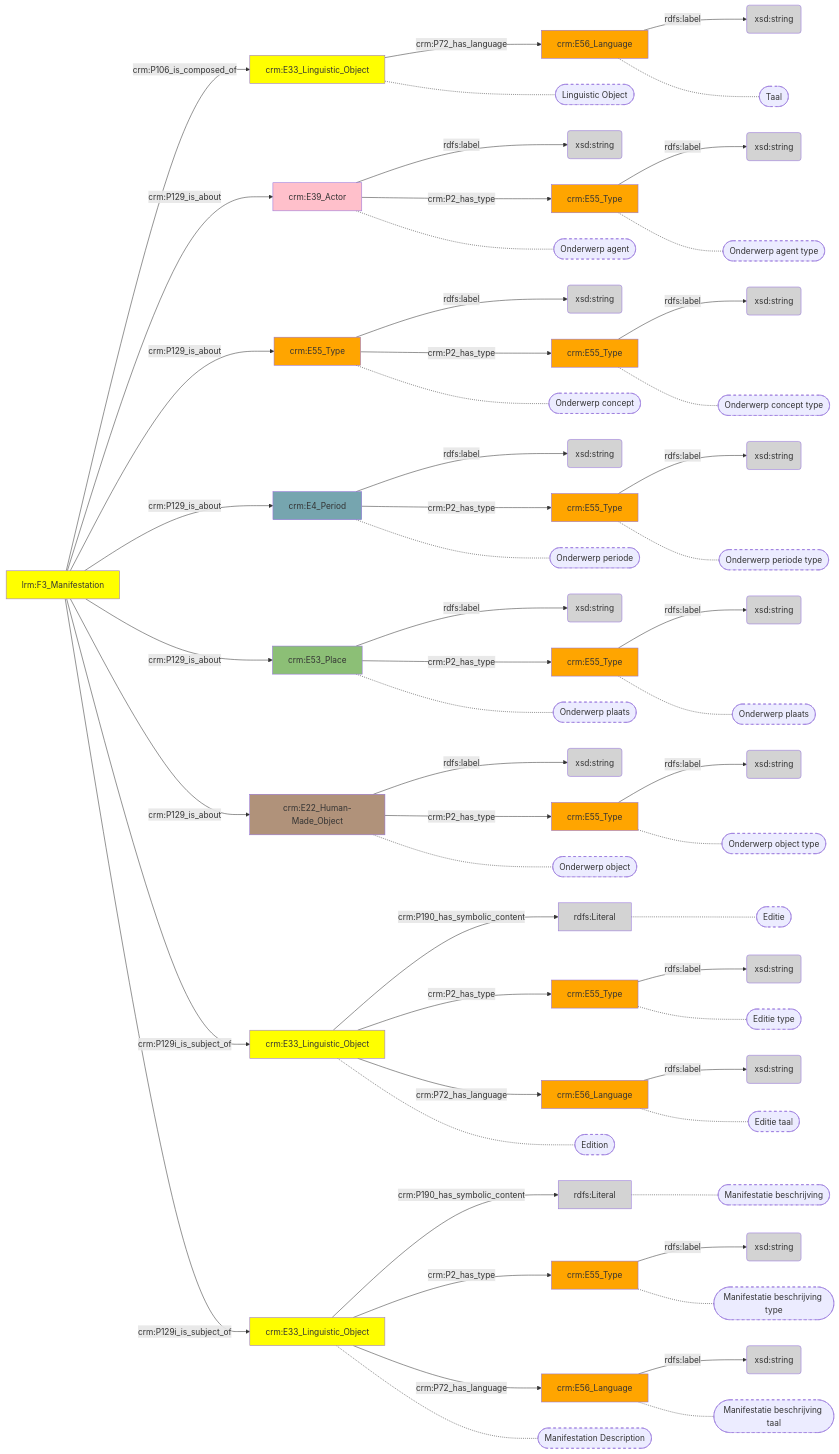
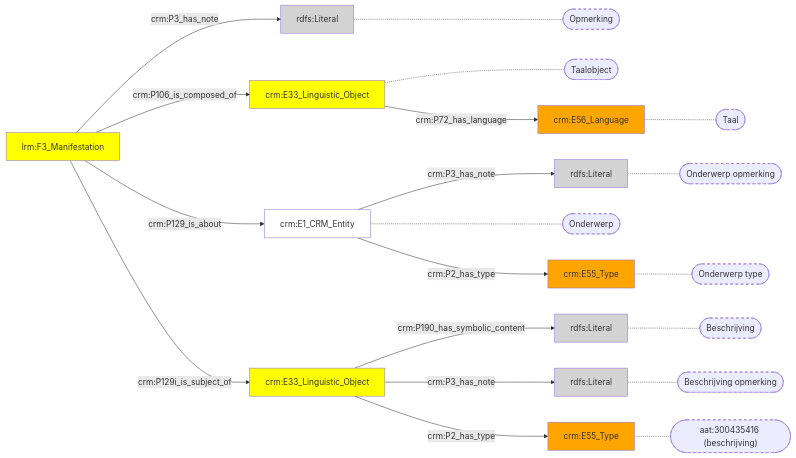
The diagram in docs/content/modellen/BibliographicalManifestation/Inhoud.md (digipolisantwerpdocumentation/antwerp-cultureel-erfgoed), drawn with Mermaid before and after one commit. The commit also changed 170 other files, not shown here.

````diff
--- a/docs/content/modellen/BibliographicalManifestation/Inhoud.md
+++ b/docs/content/modellen/BibliographicalManifestation/Inhoud.md
@@ -1,114 +1,42 @@
 ```mermaid
 graph LR
-17e0cbc0-8e93-11ee-8f9d-96a6d245525a["crm:E33_Linguistic_Object"]-->|"crm:P190_has_symbolic_content"|17e10388-8e93-11ee-8f9d-96a6d245525a(rdfs:Literal)
-17e0dfca-8e93-11ee-8f9d-96a6d245525a["crm:E39_Actor"]-->|"rdfs:label"|17e0f10e-8e93-11ee-8f9d-96a6d245525a(xsd:string)
-17e0e34e-8e93-11ee-8f9d-96a6d245525a["crm:E55_Type"]-->|"rdfs:label"|17e11530-8e93-11ee-8f9d-96a6d245525a(xsd:string)
-17e0e894-8e93-11ee-8f9d-96a6d245525a["crm:E4_Period"]-->|"rdfs:label"|17e115c6-8e93-11ee-8f9d-96a6d245525a(xsd:string)
-17e0ea4c-8e93-11ee-8f9d-96a6d245525a["crm:E53_Place"]-->|"rdfs:label"|17e11652-8e93-11ee-8f9d-96a6d245525a(xsd:string)
+style 0c5415eb-18d5-11ef-af57-960002548b4f fill:#D3D3D3
+style 17e0c936-8e93-11ee-8f9d-96a6d245525a fill:#ffff00
+style 17e0edc6-8e93-11ee-8f9d-96a6d245525a fill:#ffff00
+style 17e0efec-8e93-11ee-8f9d-96a6d245525a fill:#ffff00
+style 17e10752-8e93-11ee-8f9d-96a6d245525a fill:#ffa500
+style 17e117f6-8e93-11ee-8f9d-96a6d245525a fill:#D3D3D3
+style 17e11878-8e93-11ee-8f9d-96a6d245525a fill:#ffa500
+style 432b38af-233f-11ef-94a6-960002548b4f fill:#D3D3D3
+style 69a9afa9-1844-11ef-ab56-960002548b4f fill:#ffa500
+style c52bc746-183a-11ef-975b-960002548b4f fill:#ffffff
+style cb795e8e-cb07-11ee-b504-960002548b4f fill:#D3D3D3
 17e0edc6-8e93-11ee-8f9d-96a6d245525a["crm:E33_Linguistic_Object"]-->|"crm:P190_has_symbolic_content"|17e117f6-8e93-11ee-8f9d-96a6d245525a(rdfs:Literal)
-17e102c0-8e93-11ee-8f9d-96a6d245525a["crm:E55_Type"]-->|"rdfs:label"|17e10414-8e93-11ee-8f9d-96a6d245525a(xsd:string)
-17e10324-8e93-11ee-8f9d-96a6d245525a["crm:E56_Language"]-->|"rdfs:label"|17e103ce-8e93-11ee-8f9d-96a6d245525a(xsd:string)
-17e10752-8e93-11ee-8f9d-96a6d245525a["crm:E56_Language"]-->|"rdfs:label"|17e1194a-8e93-11ee-8f9d-96a6d245525a(xsd:string)
-17e11878-8e93-11ee-8f9d-96a6d245525a["crm:E55_Type"]-->|"rdfs:label"|17e1183c-8e93-11ee-8f9d-96a6d245525a(xsd:string)
-17e11904-8e93-11ee-8f9d-96a6d245525a["crm:E56_Language"]-->|"rdfs:label"|17e118be-8e93-11ee-8f9d-96a6d245525a(xsd:string)
-18620f96-934b-11ee-b409-960002548b4f["crm:E55_Type"]-->|"rdfs:label"|186212b9-934b-11ee-afd4-960002548b4f(xsd:string)
-5ccfc3f7-934c-11ee-8da1-960002548b4f["crm:E55_Type"]-->|"rdfs:label"|8239f35e-934c-11ee-9e1e-960002548b4f(xsd:string)
-7f378e46-934b-11ee-8649-960002548b4f["crm:E22_Human-Made_Object"]-->|"rdfs:label"|1ddfcd21-934c-11ee-bd20-960002548b4f(xsd:string)
-a93af378-934a-11ee-a78f-960002548b4f["crm:E55_Type"]-->|"rdfs:label"|a93af6be-934a-11ee-97cd-960002548b4f(xsd:string)
-c8e6299f-934a-11ee-ba61-960002548b4f["crm:E55_Type"]-->|"rdfs:label"|c8e62cfe-934a-11ee-bd35-960002548b4f(xsd:string)
-e4f6427b-934a-11ee-a55c-960002548b4f["crm:E55_Type"]-->|"rdfs:label"|e4f645cb-934a-11ee-b60e-960002548b4f(xsd:string)
-17e0c936-8e93-11ee-8f9d-96a6d245525a["crm:E33_Linguistic_Object"]-->|"crm:P72_has_language"|17e10752-8e93-11ee-8f9d-96a6d245525a["crm:E56_Language"]
-17e0cbc0-8e93-11ee-8f9d-96a6d245525a["crm:E33_Linguistic_Object"]-->|"crm:P2_has_type"|17e102c0-8e93-11ee-8f9d-96a6d245525a["crm:E55_Type"]
-17e0cbc0-8e93-11ee-8f9d-96a6d245525a["crm:E33_Linguistic_Object"]-->|"crm:P72_has_language"|17e10324-8e93-11ee-8f9d-96a6d245525a["crm:E56_Language"]
-17e0dfca-8e93-11ee-8f9d-96a6d245525a["crm:E39_Actor"]-->|"crm:P2_has_type"|18620f96-934b-11ee-b409-960002548b4f["crm:E55_Type"]
-17e0e34e-8e93-11ee-8f9d-96a6d245525a["crm:E55_Type"]-->|"crm:P2_has_type"|a93af378-934a-11ee-a78f-960002548b4f["crm:E55_Type"]
-17e0e894-8e93-11ee-8f9d-96a6d245525a["crm:E4_Period"]-->|"crm:P2_has_type"|e4f6427b-934a-11ee-a55c-960002548b4f["crm:E55_Type"]
-17e0ea4c-8e93-11ee-8f9d-96a6d245525a["crm:E53_Place"]-->|"crm:P2_has_type"|c8e6299f-934a-11ee-ba61-960002548b4f["crm:E55_Type"]
-17e0edc6-8e93-11ee-8f9d-96a6d245525a["crm:E33_Linguistic_Object"]-->|"crm:P2_has_type"|17e11878-8e93-11ee-8f9d-96a6d245525a["crm:E55_Type"]
-17e0edc6-8e93-11ee-8f9d-96a6d245525a["crm:E33_Linguistic_Object"]-->|"crm:P72_has_language"|17e11904-8e93-11ee-8f9d-96a6d245525a["crm:E56_Language"]
-17e0efec-8e93-11ee-8f9d-96a6d245525a["lrm:F3_Manifestation"]-->|"crm:P106_is_composed_of"|17e0c936-8e93-11ee-8f9d-96a6d245525a["crm:E33_Linguistic_Object"]
-17e0efec-8e93-11ee-8f9d-96a6d245525a["lrm:F3_Manifestation"]-->|"crm:P129_is_about"|17e0dfca-8e93-11ee-8f9d-96a6d245525a["crm:E39_Actor"]
-17e0efec-8e93-11ee-8f9d-96a6d245525a["lrm:F3_Manifestation"]-->|"crm:P129_is_about"|17e0e34e-8e93-11ee-8f9d-96a6d245525a["crm:E55_Type"]
-17e0efec-8e93-11ee-8f9d-96a6d245525a["lrm:F3_Manifestation"]-->|"crm:P129_is_about"|17e0e894-8e93-11ee-8f9d-96a6d245525a["crm:E4_Period"]
-17e0efec-8e93-11ee-8f9d-96a6d245525a["lrm:F3_Manifestation"]-->|"crm:P129_is_about"|17e0ea4c-8e93-11ee-8f9d-96a6d245525a["crm:E53_Place"]
-17e0efec-8e93-11ee-8f9d-96a6d245525a["lrm:F3_Manifestation"]-->|"crm:P129_is_about"|7f378e46-934b-11ee-8649-960002548b4f["crm:E22_Human-Made_Object"]
-17e0efec-8e93-11ee-8f9d-96a6d245525a["lrm:F3_Manifestation"]-->|"crm:P129i_is_subject_of"|17e0cbc0-8e93-11ee-8f9d-96a6d245525a["crm:E33_Linguistic_Object"]
-17e0efec-8e93-11ee-8f9d-96a6d245525a["lrm:F3_Manifestation"]-->|"crm:P129i_is_subject_of"|17e0edc6-8e93-11ee-8f9d-96a6d245525a["crm:E33_Linguistic_Object"]
-7f378e46-934b-11ee-8649-960002548b4f["crm:E22_Human-Made_Object"]-->|"crm:P2_has_type"|5ccfc3f7-934c-11ee-8da1-960002548b4f["crm:E55_Type"]
-17e10752-8e93-11ee-8f9d-96a6d245525a["crm:E56_Language"]-.-17e10752-8e93-11ee-8f9d-96a6d245525a_s(["Taal"])
-17e10388-8e93-11ee-8f9d-96a6d245525a["rdfs:Literal"]-.-17e10388-8e93-11ee-8f9d-96a6d245525a_s(["Editie"])
-17e102c0-8e93-11ee-8f9d-96a6d245525a["crm:E55_Type"]-.-17e102c0-8e93-11ee-8f9d-96a6d245525a_s(["Editie type"])
-17e10324-8e93-11ee-8f9d-96a6d245525a["crm:E56_Language"]-.-17e10324-8e93-11ee-8f9d-96a6d245525a_s(["Editie taal"])
-18620f96-934b-11ee-b409-960002548b4f["crm:E55_Type"]-.-18620f96-934b-11ee-b409-960002548b4f_s(["Onderwerp agent type"])
-a93af378-934a-11ee-a78f-960002548b4f["crm:E55_Type"]-.-a93af378-934a-11ee-a78f-960002548b4f_s(["Onderwerp concept type"])
-e4f6427b-934a-11ee-a55c-960002548b4f["crm:E55_Type"]-.-e4f6427b-934a-11ee-a55c-960002548b4f_s(["Onderwerp periode type"])
-c8e6299f-934a-11ee-ba61-960002548b4f["crm:E55_Type"]-.-c8e6299f-934a-11ee-ba61-960002548b4f_s(["Onderwerp plaats"])
-17e117f6-8e93-11ee-8f9d-96a6d245525a["rdfs:Literal"]-.-17e117f6-8e93-11ee-8f9d-96a6d245525a_s(["Manifestatie beschrijving"])
-17e11878-8e93-11ee-8f9d-96a6d245525a["crm:E55_Type"]-.-17e11878-8e93-11ee-8f9d-96a6d245525a_s(["Manifestatie beschrijving type"])
-17e11904-8e93-11ee-8f9d-96a6d245525a["crm:E56_Language"]-.-17e11904-8e93-11ee-8f9d-96a6d245525a_s(["Manifestatie beschrijving taal"])
-17e0c936-8e93-11ee-8f9d-96a6d245525a["crm:E33_Linguistic_Object"]-.-17e0c936-8e93-11ee-8f9d-96a6d245525a_s(["Linguistic Object"])
-17e0dfca-8e93-11ee-8f9d-96a6d245525a["crm:E39_Actor"]-.-17e0dfca-8e93-11ee-8f9d-96a6d245525a_s(["Onderwerp agent"])
-17e0e34e-8e93-11ee-8f9d-96a6d245525a["crm:E55_Type"]-.-17e0e34e-8e93-11ee-8f9d-96a6d245525a_s(["Onderwerp concept"])
-17e0e894-8e93-11ee-8f9d-96a6d245525a["crm:E4_Period"]-.-17e0e894-8e93-11ee-8f9d-96a6d245525a_s(["Onderwerp periode"])
-17e0ea4c-8e93-11ee-8f9d-96a6d245525a["crm:E53_Place"]-.-17e0ea4c-8e93-11ee-8f9d-96a6d245525a_s(["Onderwerp plaats"])
-7f378e46-934b-11ee-8649-960002548b4f["crm:E22_Human-Made_Object"]-.-7f378e46-934b-11ee-8649-960002548b4f_s(["Onderwerp object"])
-17e0cbc0-8e93-11ee-8f9d-96a6d245525a["crm:E33_Linguistic_Object"]-.-17e0cbc0-8e93-11ee-8f9d-96a6d245525a_s(["Edition"])
-17e0edc6-8e93-11ee-8f9d-96a6d245525a["crm:E33_Linguistic_Object"]-.-17e0edc6-8e93-11ee-8f9d-96a6d245525a_s(["Manifestation Description"])
-5ccfc3f7-934c-11ee-8da1-960002548b4f["crm:E55_Type"]-.-5ccfc3f7-934c-11ee-8da1-960002548b4f_s(["Onderwerp object type"])
+17e0edc6-8e93-11ee-8f9d-96a6d245525a["crm:E33_Linguistic_Object"]-->|"crm:P3_has_note"|432b38af-233f-11ef-94a6-960002548b4f(rdfs:Literal)
+17e0efec-8e93-11ee-8f9d-96a6d245525a["lrm:F3_Manifestation"]-->|"crm:P3_has_note"|cb795e8e-cb07-11ee-b504-960002548b4f(rdfs:Literal)
+c52bc746-183a-11ef-975b-960002548b4f["crm:E1_CRM_Entity"]-->|"crm:P3_has_note"|0c5415eb-18d5-11ef-af57-960002548b4f(rdfs:Literal)
 style 17e10752-8e93-11ee-8f9d-96a6d245525a_s stroke-dasharray: 5
-style 17e10388-8e93-11ee-8f9d-96a6d245525a_s stroke-dasharray: 5
-style 17e102c0-8e93-11ee-8f9d-96a6d245525a_s stroke-dasharray: 5
-style 17e10324-8e93-11ee-8f9d-96a6d245525a_s stroke-dasharray: 5
-style 18620f96-934b-11ee-b409-960002548b4f_s stroke-dasharray: 5
-style a93af378-934a-11ee-a78f-960002548b4f_s stroke-dasharray: 5
-style e4f6427b-934a-11ee-a55c-960002548b4f_s stroke-dasharray: 5
-style c8e6299f-934a-11ee-ba61-960002548b4f_s stroke-dasharray: 5
 style 17e117f6-8e93-11ee-8f9d-96a6d245525a_s stroke-dasharray: 5
 style 17e11878-8e93-11ee-8f9d-96a6d245525a_s stroke-dasharray: 5
-style 17e11904-8e93-11ee-8f9d-96a6d245525a_s stroke-dasharray: 5
+style 432b38af-233f-11ef-94a6-960002548b4f_s stroke-dasharray: 5
 style 17e0c936-8e93-11ee-8f9d-96a6d245525a_s stroke-dasharray: 5
-style 17e0dfca-8e93-11ee-8f9d-96a6d245525a_s stroke-dasharray: 5
-style 17e0e34e-8e93-11ee-8f9d-96a6d245525a_s stroke-dasharray: 5
-style 17e0e894-8e93-11ee-8f9d-96a6d245525a_s stroke-dasharray: 5
-style 17e0ea4c-8e93-11ee-8f9d-96a6d245525a_s stroke-dasharray: 5
-style 7f378e46-934b-11ee-8649-960002548b4f_s stroke-dasharray: 5
-style 17e0cbc0-8e93-11ee-8f9d-96a6d245525a_s stroke-dasharray: 5
-style 17e0edc6-8e93-11ee-8f9d-96a6d245525a_s stroke-dasharray: 5
-style 5ccfc3f7-934c-11ee-8da1-960002548b4f_s stroke-dasharray: 5
-style 17e0c936-8e93-11ee-8f9d-96a6d245525a fill:#ffff00
-style 17e0cbc0-8e93-11ee-8f9d-96a6d245525a fill:#ffff00
-style 17e0dfca-8e93-11ee-8f9d-96a6d245525a fill:#ffc0cb
-style 17e0e34e-8e93-11ee-8f9d-96a6d245525a fill:#ffa500
-style 17e0e894-8e93-11ee-8f9d-96a6d245525a fill:#76A5AF
-style 17e0ea4c-8e93-11ee-8f9d-96a6d245525a fill:#8CBF76
-style 17e0edc6-8e93-11ee-8f9d-96a6d245525a fill:#ffff00
-style 17e0efec-8e93-11ee-8f9d-96a6d245525a fill:#ffff00
-style 17e0f10e-8e93-11ee-8f9d-96a6d245525a fill:#D3D3D3
-style 17e102c0-8e93-11ee-8f9d-96a6d245525a fill:#ffa500
-style 17e10324-8e93-11ee-8f9d-96a6d245525a fill:#ffa500
-style 17e10388-8e93-11ee-8f9d-96a6d245525a fill:#D3D3D3
-style 17e103ce-8e93-11ee-8f9d-96a6d245525a fill:#D3D3D3
-style 17e10414-8e93-11ee-8f9d-96a6d245525a fill:#D3D3D3
-style 17e10752-8e93-11ee-8f9d-96a6d245525a fill:#ffa500
-style 17e11530-8e93-11ee-8f9d-96a6d245525a fill:#D3D3D3
-style 17e115c6-8e93-11ee-8f9d-96a6d245525a fill:#D3D3D3
-style 17e11652-8e93-11ee-8f9d-96a6d245525a fill:#D3D3D3
-style 17e117f6-8e93-11ee-8f9d-96a6d245525a fill:#D3D3D3
-style 17e1183c-8e93-11ee-8f9d-96a6d245525a fill:#D3D3D3
-style 17e11878-8e93-11ee-8f9d-96a6d245525a fill:#ffa500
-style 17e118be-8e93-11ee-8f9d-96a6d245525a fill:#D3D3D3
-style 17e11904-8e93-11ee-8f9d-96a6d245525a fill:#ffa500
-style 17e1194a-8e93-11ee-8f9d-96a6d245525a fill:#D3D3D3
-style 18620f96-934b-11ee-b409-960002548b4f fill:#ffa500
-style 186212b9-934b-11ee-afd4-960002548b4f fill:#D3D3D3
-style 1ddfcd21-934c-11ee-bd20-960002548b4f fill:#D3D3D3
-style 5ccfc3f7-934c-11ee-8da1-960002548b4f fill:#ffa500
-style 7f378e46-934b-11ee-8649-960002548b4f fill:#B0927A
-style 8239f35e-934c-11ee-9e1e-960002548b4f fill:#D3D3D3
-style a93af378-934a-11ee-a78f-960002548b4f fill:#ffa500
-style a93af6be-934a-11ee-97cd-960002548b4f fill:#D3D3D3
-style c8e6299f-934a-11ee-ba61-960002548b4f fill:#ffa500
-style c8e62cfe-934a-11ee-bd35-960002548b4f fill:#D3D3D3
-style e4f6427b-934a-11ee-a55c-960002548b4f fill:#ffa500
-style e4f645cb-934a-11ee-b60e-960002548b4f fill:#D3D3D3
+style c52bc746-183a-11ef-975b-960002548b4f_s stroke-dasharray: 5
+style cb795e8e-cb07-11ee-b504-960002548b4f_s stroke-dasharray: 5
+style 69a9afa9-1844-11ef-ab56-960002548b4f_s stroke-dasharray: 5
+style 0c5415eb-18d5-11ef-af57-960002548b4f_s stroke-dasharray: 5
+17e10752-8e93-11ee-8f9d-96a6d245525a["crm:E56_Language"]-.-17e10752-8e93-11ee-8f9d-96a6d245525a_s(["Taal"])
+17e117f6-8e93-11ee-8f9d-96a6d245525a["rdfs:Literal"]-.-17e117f6-8e93-11ee-8f9d-96a6d245525a_s(["Beschrijving"])
+17e11878-8e93-11ee-8f9d-96a6d245525a["crm:E55_Type"]-.-17e11878-8e93-11ee-8f9d-96a6d245525a_s(["aat:300435416 (beschrijving)"])
+432b38af-233f-11ef-94a6-960002548b4f["rdfs:Literal"]-.-432b38af-233f-11ef-94a6-960002548b4f_s(["Beschrijving opmerking"])
+17e0c936-8e93-11ee-8f9d-96a6d245525a["crm:E33_Linguistic_Object"]-.-17e0c936-8e93-11ee-8f9d-96a6d245525a_s(["Taalobject"])
+c52bc746-183a-11ef-975b-960002548b4f["crm:E1_CRM_Entity"]-.-c52bc746-183a-11ef-975b-960002548b4f_s(["Onderwerp"])
+cb795e8e-cb07-11ee-b504-960002548b4f["rdfs:Literal"]-.-cb795e8e-cb07-11ee-b504-960002548b4f_s(["Opmerking"])
+69a9afa9-1844-11ef-ab56-960002548b4f["crm:E55_Type"]-.-69a9afa9-1844-11ef-ab56-960002548b4f_s(["Onderwerp type"])
+0c5415eb-18d5-11ef-af57-960002548b4f["rdfs:Literal"]-.-0c5415eb-18d5-11ef-af57-960002548b4f_s(["Onderwerp opmerking"])
+17e0c936-8e93-11ee-8f9d-96a6d245525a["crm:E33_Linguistic_Object"]-->|"crm:P72_has_language"|17e10752-8e93-11ee-8f9d-96a6d245525a["crm:E56_Language"]
+17e0edc6-8e93-11ee-8f9d-96a6d245525a["crm:E33_Linguistic_Object"]-->|"crm:P2_has_type"|17e11878-8e93-11ee-8f9d-96a6d245525a["crm:E55_Type"]
+17e0efec-8e93-11ee-8f9d-96a6d245525a["lrm:F3_Manifestation"]-->|"crm:P106_is_composed_of"|17e0c936-8e93-11ee-8f9d-96a6d245525a["crm:E33_Linguistic_Object"]
+17e0efec-8e93-11ee-8f9d-96a6d245525a["lrm:F3_Manifestation"]-->|"crm:P129_is_about"|c52bc746-183a-11ef-975b-960002548b4f["crm:E1_CRM_Entity"]
+17e0efec-8e93-11ee-8f9d-96a6d245525a["lrm:F3_Manifestation"]-->|"crm:P129i_is_subject_of"|17e0edc6-8e93-11ee-8f9d-96a6d245525a["crm:E33_Linguistic_Object"]
+c52bc746-183a-11ef-975b-960002548b4f["crm:E1_CRM_Entity"]-->|"crm:P2_has_type"|69a9afa9-1844-11ef-ab56-960002548b4f["crm:E55_Type"]
 ```
````
